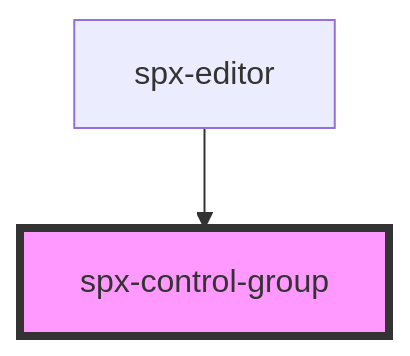
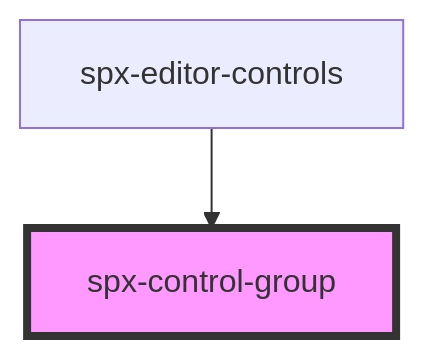
Before and after one commit to dnnsjsk/spx: the diagram in stencil/src/components/controls/spx-control-group/readme.md, drawn with Mermaid. The commit also changed other lines of this file and 285 other files, not shown here.

````diff
--- a/stencil/src/components/controls/spx-control-group/readme.md
+++ b/stencil/src/components/controls/spx-control-group/readme.md
@@ -15,5 +13,5 @@
 ```mermaid
 graph TD;
-  spx-editor --> spx-control-group
+  spx-editor-controls --> spx-control-group
   style spx-control-group fill:#f9f,stroke:#333,stroke-width:4px
 ```
````
